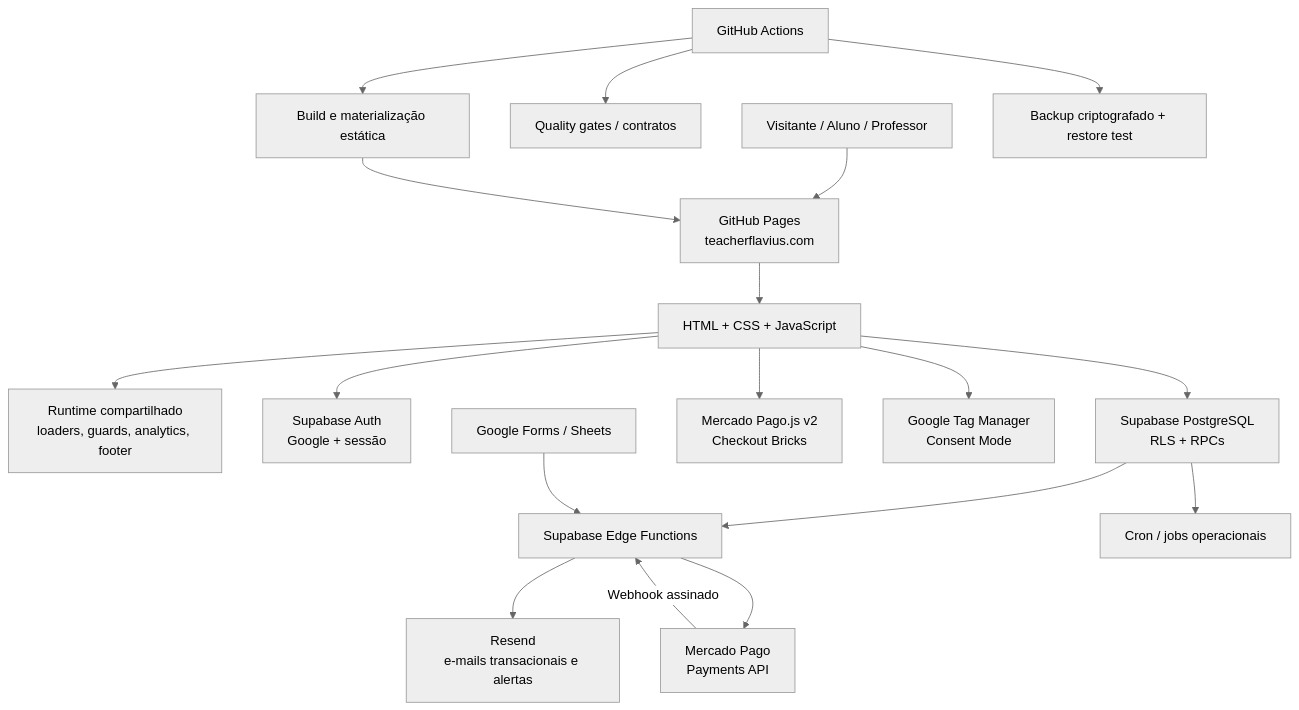
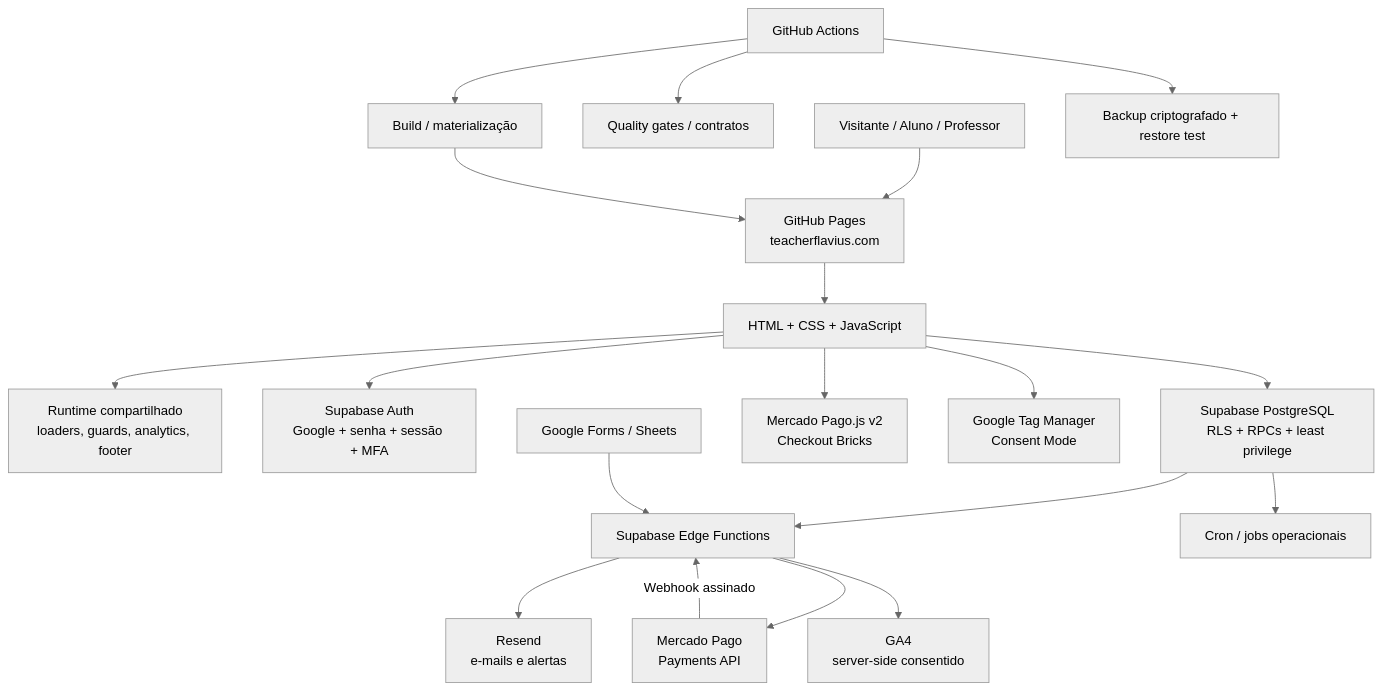
Before and after one commit to Zoqvera/teacherflavius: the diagram in README.md, drawn with Mermaid (neutral theme). The commit also changed other lines of this file, not shown here.

````diff
--- a/README.md
+++ b/README.md
@@ -34,23 +38,24 @@
 ```mermaid
 flowchart TB
   User["Visitante / Aluno / Professor"] --> Pages["GitHub Pages\nteacherflavius.com"]
   Pages --> Browser["HTML + CSS + JavaScript"]
 
   Browser --> Runtime["Runtime compartilhado\nloaders, guards, analytics, footer"]
-  Browser --> Auth["Supabase Auth\nGoogle + sessão"]
-  Browser --> Database["Supabase PostgreSQL\nRLS + RPCs"]
+  Browser --> Auth["Supabase Auth\nGoogle + senha + sessão + MFA"]
+  Browser --> Database["Supabase PostgreSQL\nRLS + RPCs + least privilege"]
   Browser --> MercadoPagoJS["Mercado Pago.js v2\nCheckout Bricks"]
   Browser --> GTM["Google Tag Manager\nConsent Mode"]
 
   Database --> Functions["Supabase Edge Functions"]
   Database --> Cron["Cron / jobs operacionais"]
-  Functions --> Resend["Resend\ne-mails transacionais e alertas"]
+  Functions --> Resend["Resend\ne-mails e alertas"]
   Functions --> MercadoPagoAPI["Mercado Pago\nPayments API"]
+  Functions --> GA4["GA4\nserver-side consentido"]
   MercadoPagoAPI -->|"Webhook assinado"| Functions
   Forms["Google Forms / Sheets"] --> Functions
 
   Actions["GitHub Actions"] --> Quality["Quality gates / contratos"]
-  Actions --> Build["Build e materialização estática"]
+  Actions --> Build["Build / materialização"]
   Actions --> Backup["Backup criptografado + restore test"]
   Build --> Pages
 ```
````
